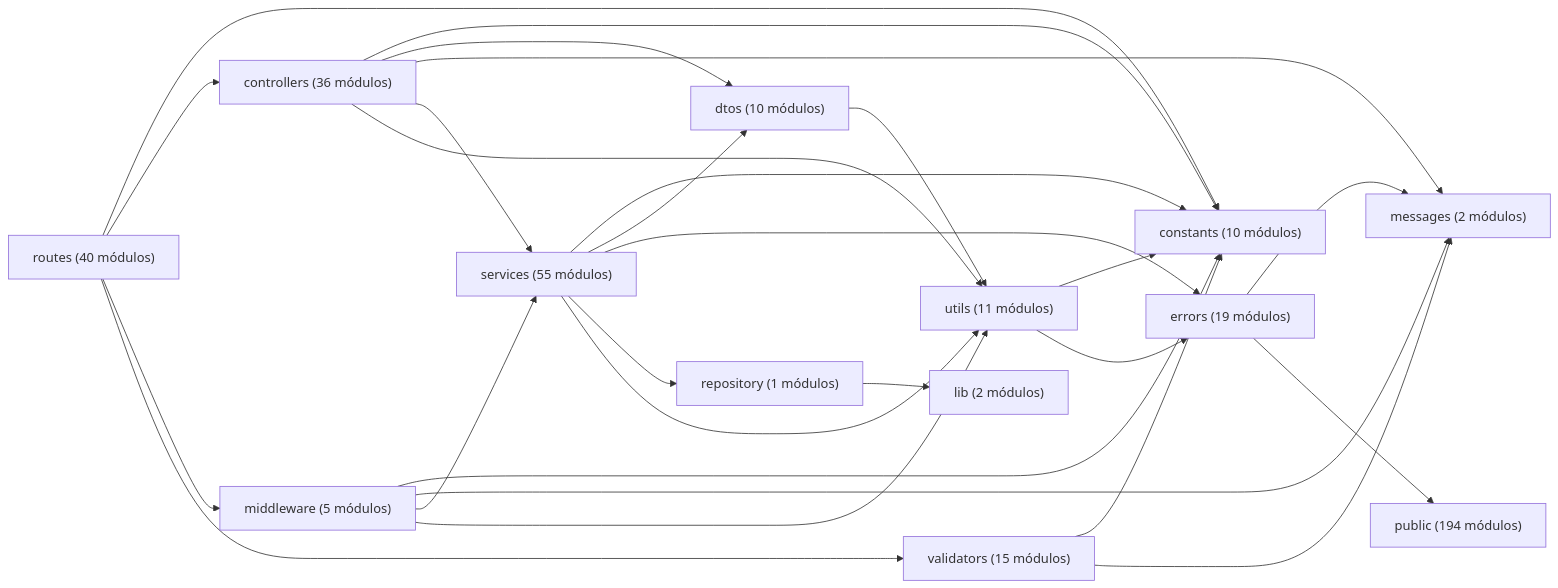
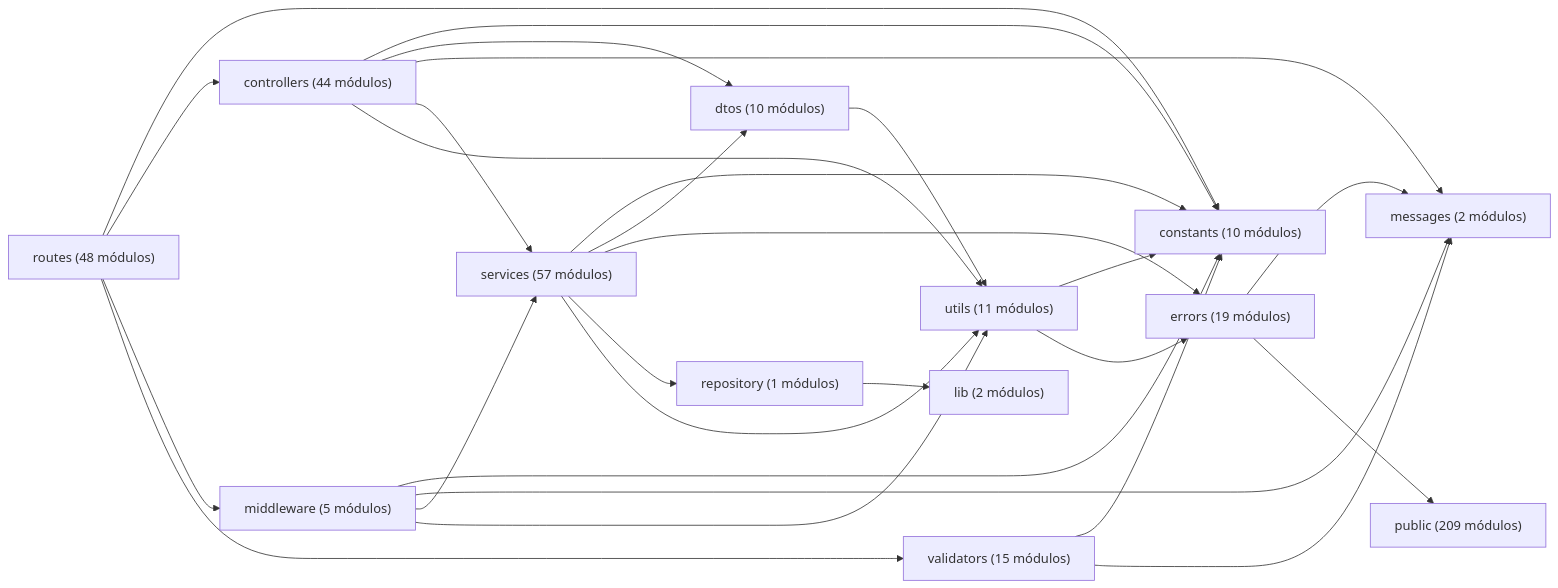
One commit to gpgsistemas01/nexus changed the diagram in docs/architecture/views/development/code-map.md. Above: the diagram before and after it, drawn with Mermaid. The commit also changed other lines of this file and 187 other files, not shown here.

````diff
--- a/docs/architecture/views/development/code-map.md
+++ b/docs/architecture/views/development/code-map.md
@@ -14,29 +14,29 @@
 ```mermaid
 flowchart LR
-    controllers["controllers (36 módulos)"] --> constants["constants (10 módulos)"]
-    controllers["controllers (36 módulos)"] --> dtos["dtos (10 módulos)"]
-    controllers["controllers (36 módulos)"] --> messages["messages (2 módulos)"]
-    controllers["controllers (36 módulos)"] --> services["services (55 módulos)"]
-    controllers["controllers (36 módulos)"] --> utils["utils (11 módulos)"]
+    controllers["controllers (44 módulos)"] --> constants["constants (10 módulos)"]
+    controllers["controllers (44 módulos)"] --> dtos["dtos (10 módulos)"]
+    controllers["controllers (44 módulos)"] --> messages["messages (2 módulos)"]
+    controllers["controllers (44 módulos)"] --> services["services (57 módulos)"]
+    controllers["controllers (44 módulos)"] --> utils["utils (11 módulos)"]
     dtos["dtos (10 módulos)"] --> utils["utils (11 módulos)"]
     errors["errors (19 módulos)"] --> messages["messages (2 módulos)"]
-    errors["errors (19 módulos)"] --> public["public (194 módulos)"]
+    errors["errors (19 módulos)"] --> public["public (209 módulos)"]
     middleware["middleware (5 módulos)"] --> constants["constants (10 módulos)"]
     middleware["middleware (5 módulos)"] --> messages["messages (2 módulos)"]
-    middleware["middleware (5 módulos)"] --> services["services (55 módulos)"]
+    middleware["middleware (5 módulos)"] --> services["services (57 módulos)"]
     middleware["middleware (5 módulos)"] --> utils["utils (11 módulos)"]
     repository["repository (1 módulos)"] --> lib["lib (2 módulos)"]
-    routes["routes (40 módulos)"] --> constants["constants (10 módulos)"]
-    routes["routes (40 módulos)"] --> controllers["controllers (36 módulos)"]
-    routes["routes (40 módulos)"] --> middleware["middleware (5 módulos)"]
-    routes["routes (40 módulos)"] --> validators["validators (15 módulos)"]
-    services["services (55 módulos)"] --> constants["constants (10 módulos)"]
-    services["services (55 módulos)"] --> dtos["dtos (10 módulos)"]
-    services["services (55 módulos)"] --> errors["errors (19 módulos)"]
-    services["services (55 módulos)"] --> repository["repository (1 módulos)"]
-    services["services (55 módulos)"] --> utils["utils (11 módulos)"]
+    routes["routes (48 módulos)"] --> constants["constants (10 módulos)"]
+    routes["routes (48 módulos)"] --> controllers["controllers (44 módulos)"]
+    routes["routes (48 módulos)"] --> middleware["middleware (5 módulos)"]
+    routes["routes (48 módulos)"] --> validators["validators (15 módulos)"]
+    services["services (57 módulos)"] --> constants["constants (10 módulos)"]
+    services["services (57 módulos)"] --> dtos["dtos (10 módulos)"]
+    services["services (57 módulos)"] --> errors["errors (19 módulos)"]
+    services["services (57 módulos)"] --> repository["repository (1 módulos)"]
+    services["services (57 módulos)"] --> utils["utils (11 módulos)"]
     utils["utils (11 módulos)"] --> constants["constants (10 módulos)"]
     utils["utils (11 módulos)"] --> errors["errors (19 módulos)"]
     validators["validators (15 módulos)"] --> constants["constants (10 módulos)"]
     validators["validators (15 módulos)"] --> messages["messages (2 módulos)"]
 ```
````
